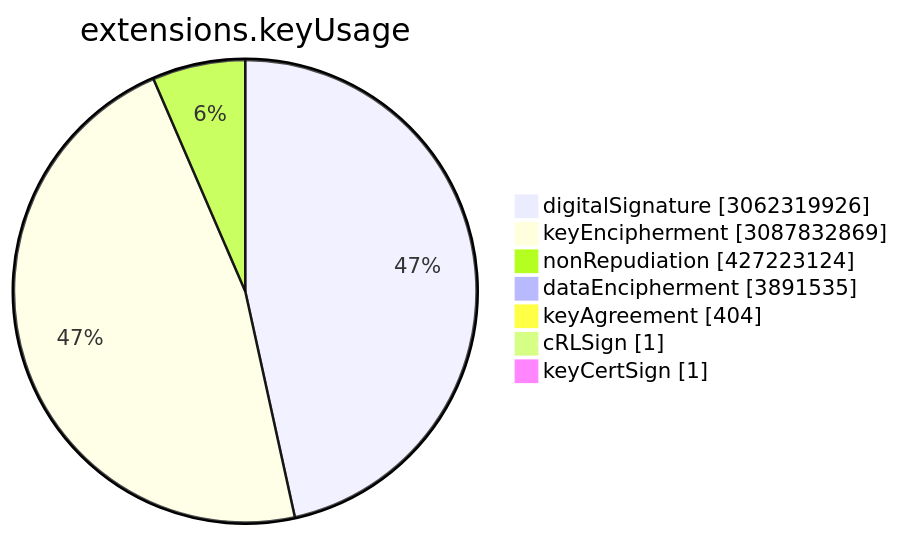
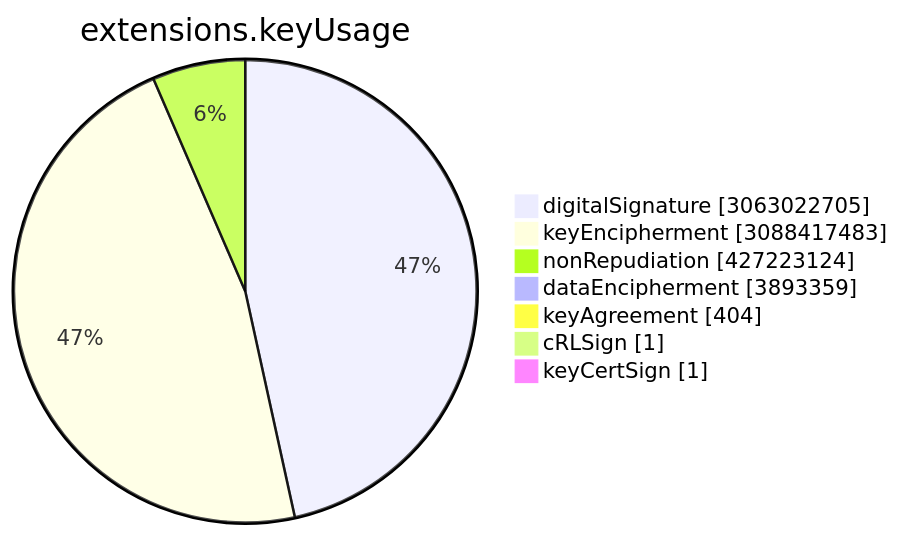
One commit to christiankrug/ctmonitor_visualization changed the sixth of 15 diagrams in TOTAL/README.md. Above: the diagram before and after it, drawn with Mermaid. The commit also changed other lines of this file, not shown here.

````diff
--- a/TOTAL/README.md
+++ b/TOTAL/README.md
@@ -3077,11 +3077,11 @@
 ```mermaid
 pie showData
 title extensions.keyUsage
-"digitalSignature" :3062319926
-"keyEncipherment" :3087832869
+"digitalSignature" :3063022705
+"keyEncipherment" :3088417483
 "nonRepudiation" :427223124
-"dataEncipherment" :3891535
+"dataEncipherment" :3893359
 "keyAgreement" :404
 "cRLSign" :1
 "keyCertSign" :1
 ```
````
